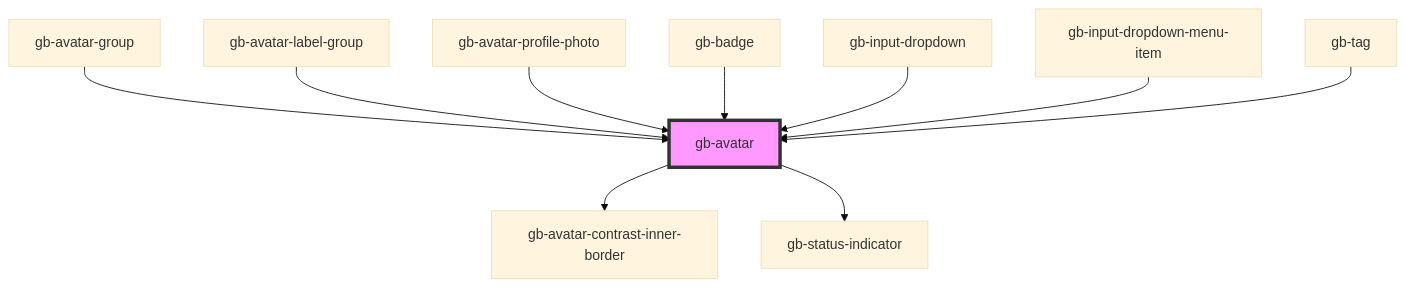
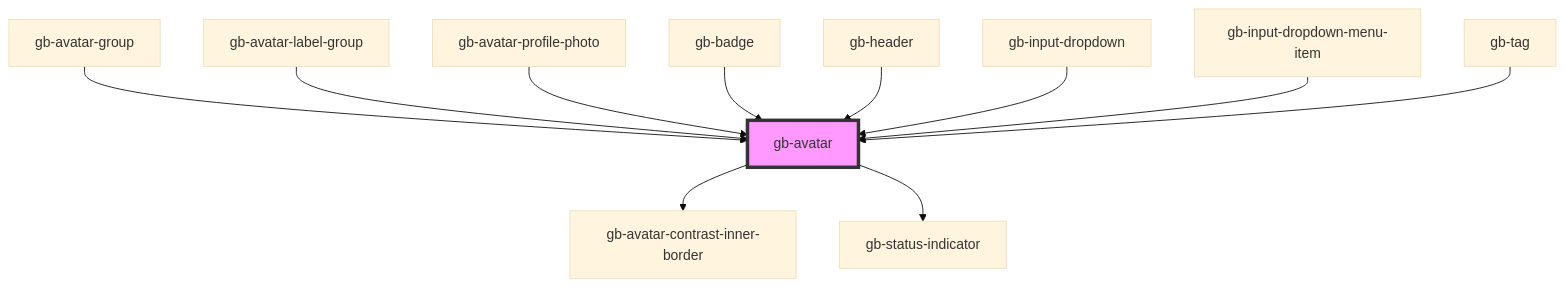
The diagram in src/components/gb-avatar/readme.md (Emmanuel1858/globusComponent), drawn with Mermaid (base theme) before and after one commit. The commit also changed other lines of this file and 27 other files, not shown here.

````diff
--- a/src/components/gb-avatar/readme.md
+++ b/src/components/gb-avatar/readme.md
@@ -39,13 +40,14 @@
 ```mermaid
 graph TD;
   gb-avatar --> gb-avatar-contrast-inner-border
   gb-avatar --> gb-status-indicator
   gb-avatar-group --> gb-avatar
   gb-avatar-label-group --> gb-avatar
   gb-avatar-profile-photo --> gb-avatar
   gb-badge --> gb-avatar
+  gb-header --> gb-avatar
   gb-input-dropdown --> gb-avatar
   gb-input-dropdown-menu-item --> gb-avatar
   gb-tag --> gb-avatar
   style gb-avatar fill:#f9f,stroke:#333,stroke-width:4px
 ```
````
